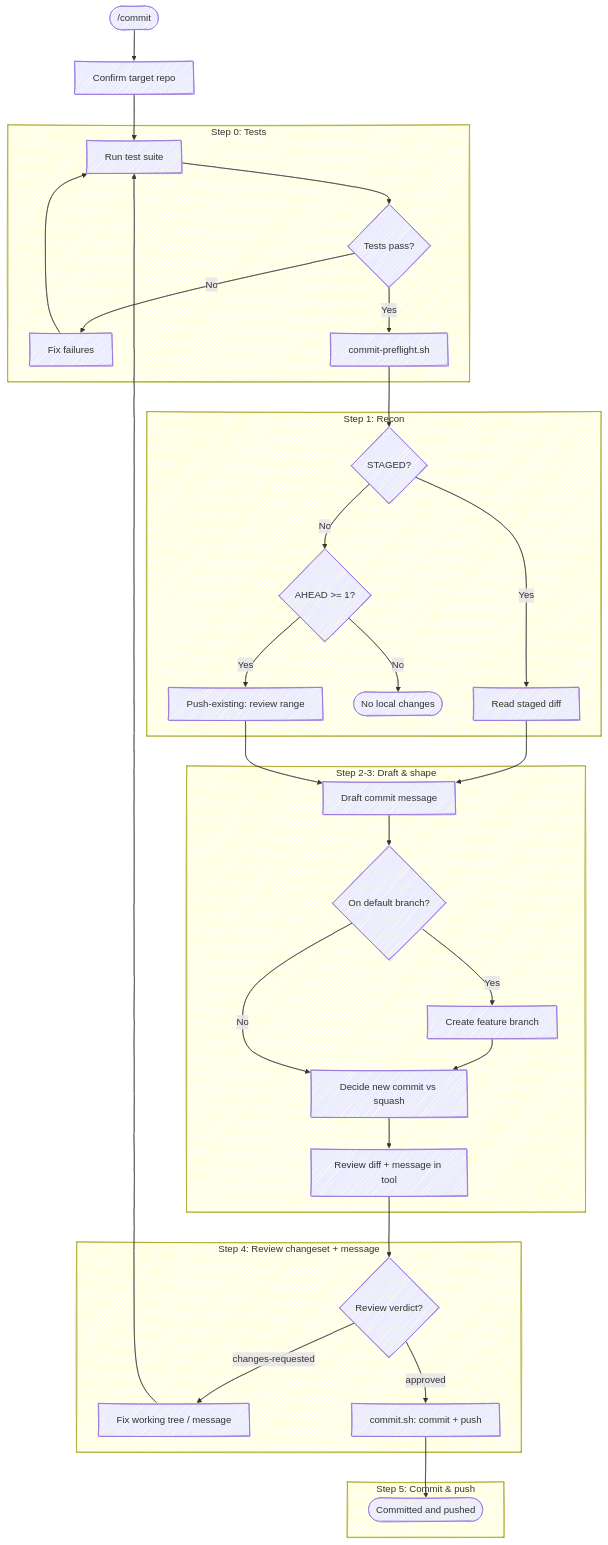
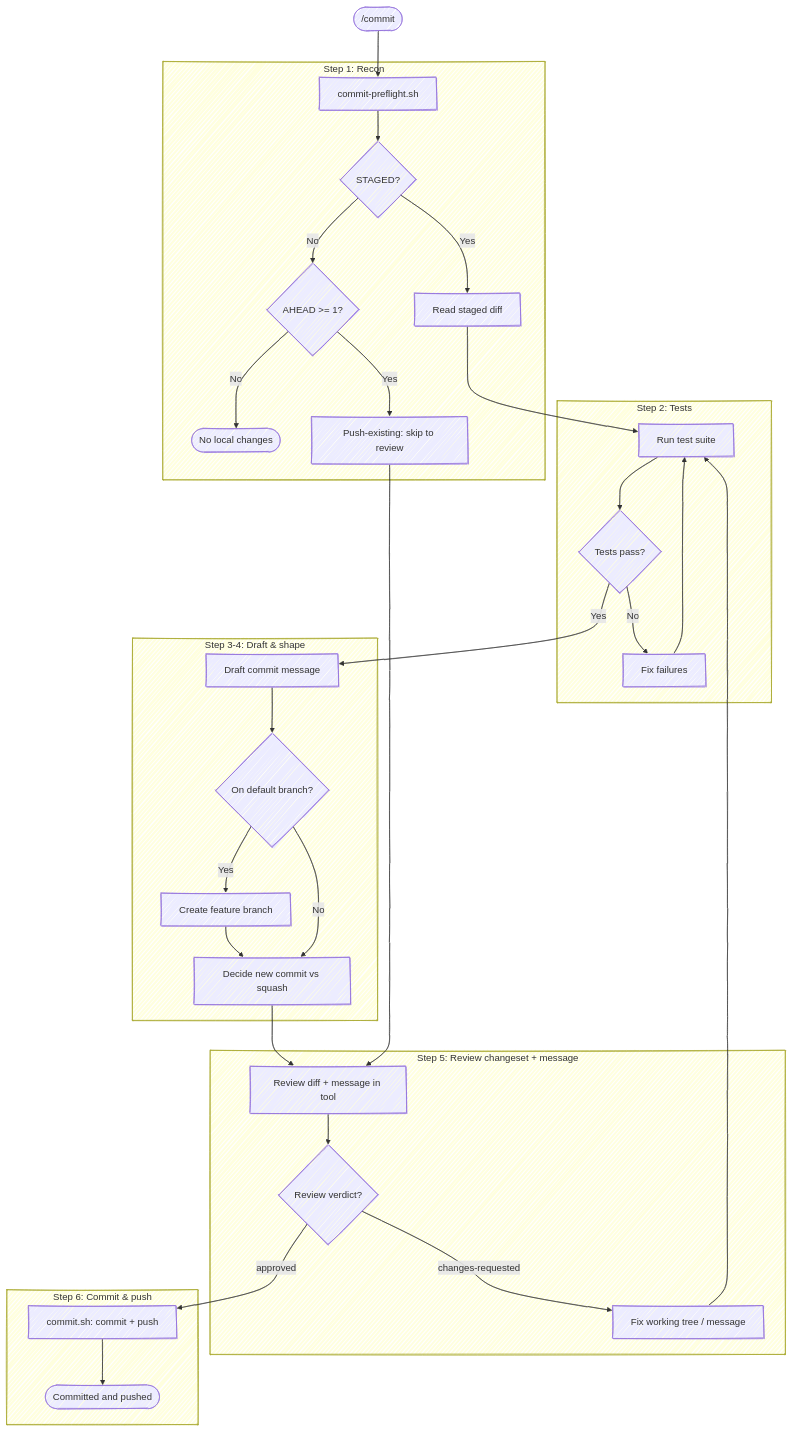
Before and after one commit to chris-peterson/anchor: the diagram in skills/commit/SKILL.md, drawn with Mermaid. The commit also changed other lines of this file and 4 other files, not shown here.

````diff
--- a/skills/commit/SKILL.md
+++ b/skills/commit/SKILL.md
@@ -14,38 +14,43 @@
 ```mermaid
 %%{ init: { 'look': 'handDrawn' } }%%
 flowchart TD
-    Start(["/commit"]) --> Repo["Confirm target repo"] --> Tests
-
-    subgraph "Step 0: Tests"
-        Tests["Run test suite"] --> TestResult{Tests pass?}
-        TestResult -->|No| FixTests["Fix failures"] --> Tests
-        TestResult -->|Yes| Stage
-    end
+    Start(["/commit"]) --> Stage
 
     subgraph "Step 1: Recon"
         Stage["commit-preflight.sh"] --> Staged{STAGED?}
         Staged -->|Yes| ReadDiff["Read staged diff"]
         Staged -->|No| CheckHead{AHEAD >= 1?}
         CheckHead -->|No| Stop([No local changes])
-        CheckHead -->|Yes| ReadHead["Push-existing: review range"]
+        CheckHead -->|Yes| ReadHead["Push-existing: skip to review"]
     end
 
-    subgraph "Step 2-3: Draft & shape"
-        ReadDiff --> Draft["Draft commit message"]
-        ReadHead --> Draft
-        Draft --> OnDefault{On default branch?}
+    subgraph "Step 2: Tests"
+        Tests["Run test suite"] --> TestResult{Tests pass?}
+        TestResult -->|No| FixTests["Fix failures"] --> Tests
+    end
+
+    subgraph "Step 3-4: Draft & shape"
+        Draft["Draft commit message"] --> OnDefault{On default branch?}
         OnDefault -->|Yes| Branch["Create feature branch"] --> Shape
         OnDefault -->|No| Shape["Decide new commit vs squash"]
-        Shape --> ReviewStep
     end
 
-    subgraph "Step 4: Review changeset + message"
+    subgraph "Step 5: Review changeset + message"
         ReviewStep["Review diff + message in tool"] --> Review{Review verdict?}
-        Review -->|changes-requested| FixReview["Fix working tree / message"] --> Tests
-        Review -->|approved| CommitPush
+        Review -->|changes-requested| FixReview["Fix working tree / message"]
     end
 
-    subgraph "Step 5: Commit & push"
+    subgraph "Step 6: Commit & push"
         CommitPush["commit.sh: commit + push"] --> Done([Committed and pushed])
     end
+
+    %% Cross-subgraph edges live here, after every node is declared: mermaid
+    %% assigns a node to whichever subgraph mentions it first, so wiring these
+    %% inline would pull ReviewStep and CommitPush into the wrong boxes.
+    ReadDiff --> Tests
+    TestResult -->|Yes| Draft
+    Shape --> ReviewStep
+    ReadHead --> ReviewStep
+    FixReview --> Tests
+    Review -->|approved| CommitPush
 ```
````
